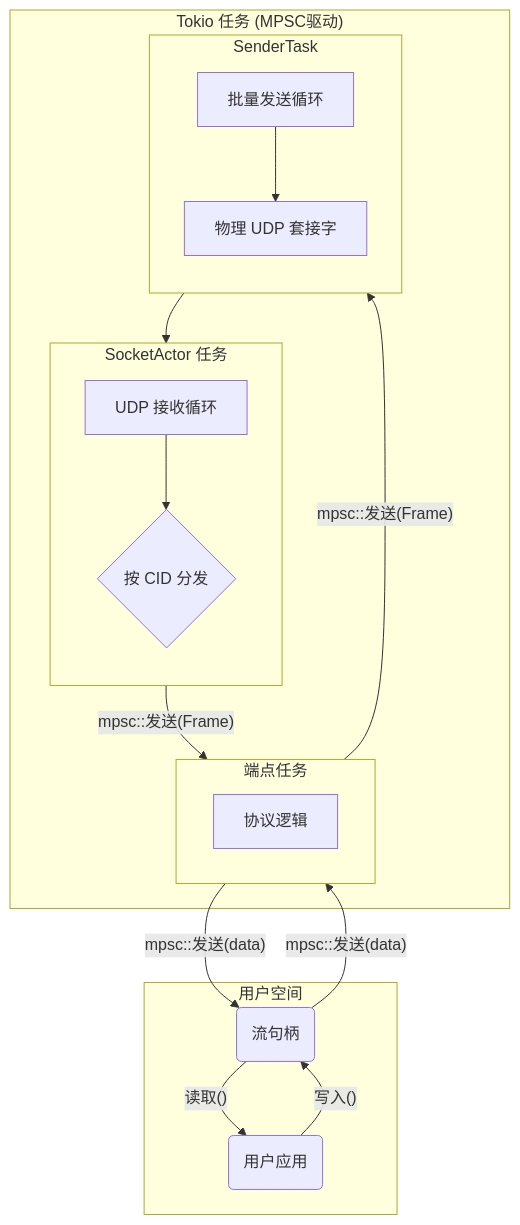
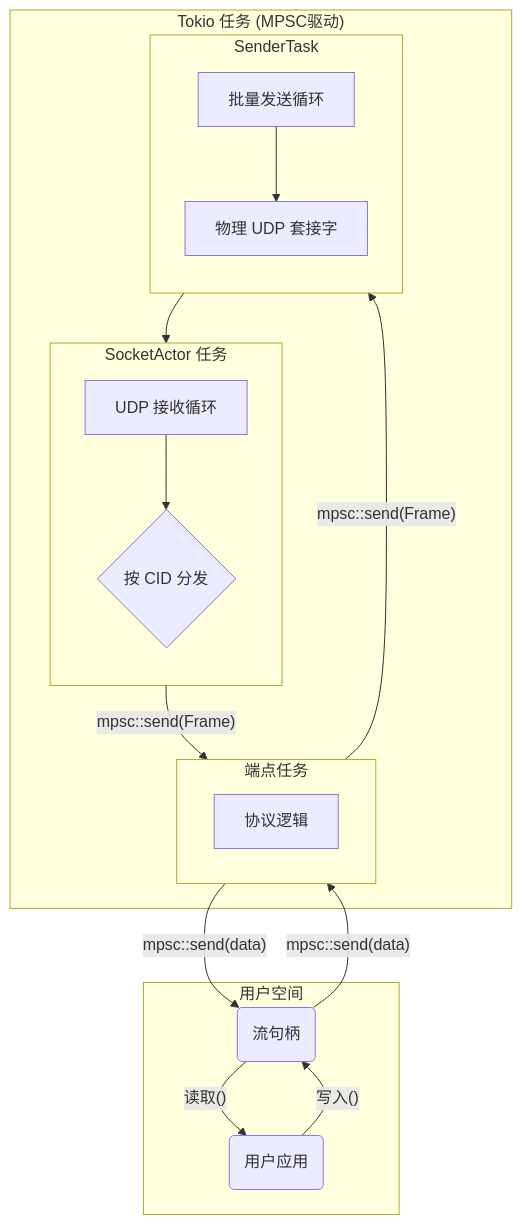
Before and after one commit to ShaoG-R/kestrel-protocol: the diagram in docs/src/features/03-concurrency/01-mpsc-concurrency-model.md, drawn with Mermaid.

Commit message:
更新文档，修正并发模型中的函数名称为`mpsc::send`，以保持一致性和准确性，提升文档的可读性。

````diff
--- a/docs/src/features/03-concurrency/01-mpsc-concurrency-model.md
+++ b/docs/src/features/03-concurrency/01-mpsc-concurrency-model.md
@@ -28,31 +28,31 @@
 ```mermaid
 graph TD
     subgraph "用户空间"
         U(用户应用) -- "写入()" --> S(流句柄)
         S -- "读取()" --> U
     end
 
     subgraph "Tokio 任务 (MPSC驱动)"
         subgraph "端点任务"
             direction LR
             E_Logic[协议逻辑]
         end
         
         subgraph "SocketActor 任务"
             direction TB
             SA_Recv[UDP 接收循环] --> SA_Dispatch{按 CID 分发}
         end
         
         subgraph "SenderTask"
             direction TB
             ST_Send[批量发送循环] --> UDP_Socket[物理 UDP 套接字]
         end
         
-        SA_Dispatch -- "mpsc::发送(Frame)" --> E_Logic
-        S -- "mpsc::发送(data)" --> E_Logic
-        E_Logic -- "mpsc::发送(Frame)" --> ST_Send
-        E_Logic -- "mpsc::发送(data)" --> S
+        SA_Dispatch -- "mpsc::send(Frame)" --> E_Logic
+        S -- "mpsc::send(data)" --> E_Logic
+        E_Logic -- "mpsc::send(Frame)" --> ST_Send
+        E_Logic -- "mpsc::send(data)" --> S
     end
     
     UDP_Socket --> SA_Recv
 ```
````
